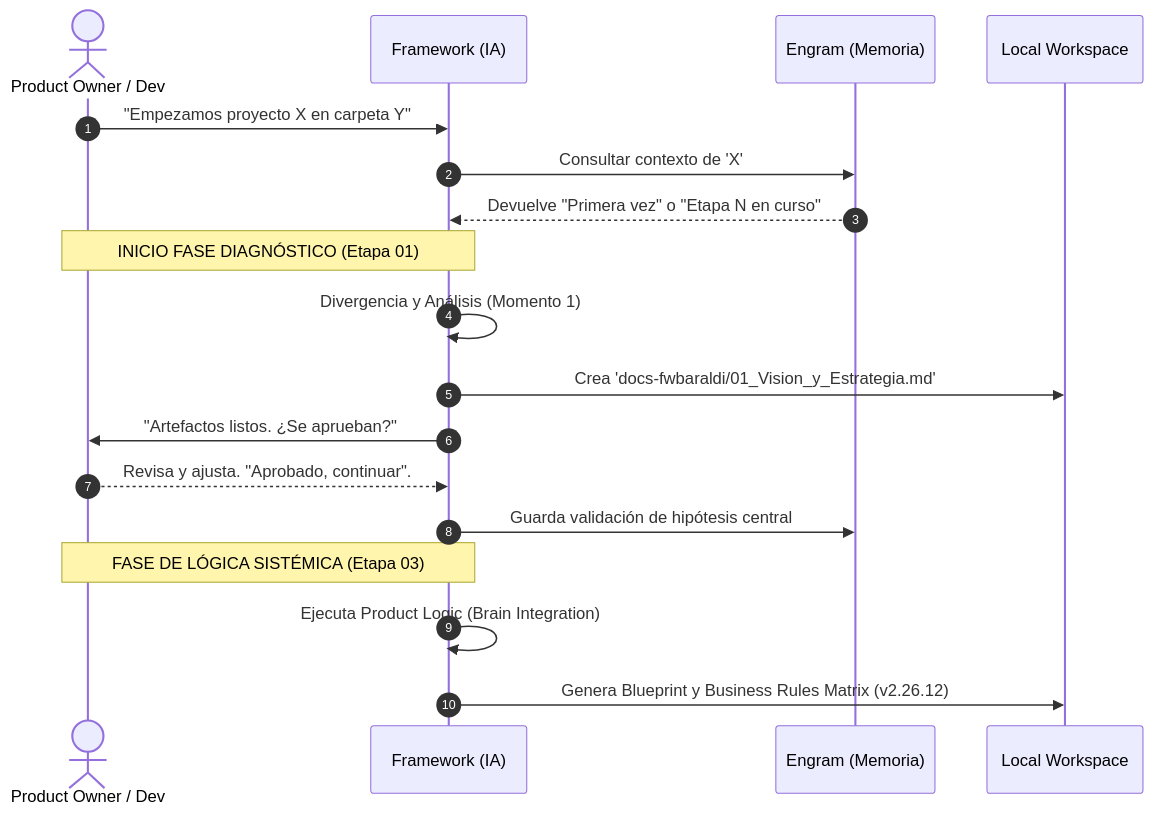
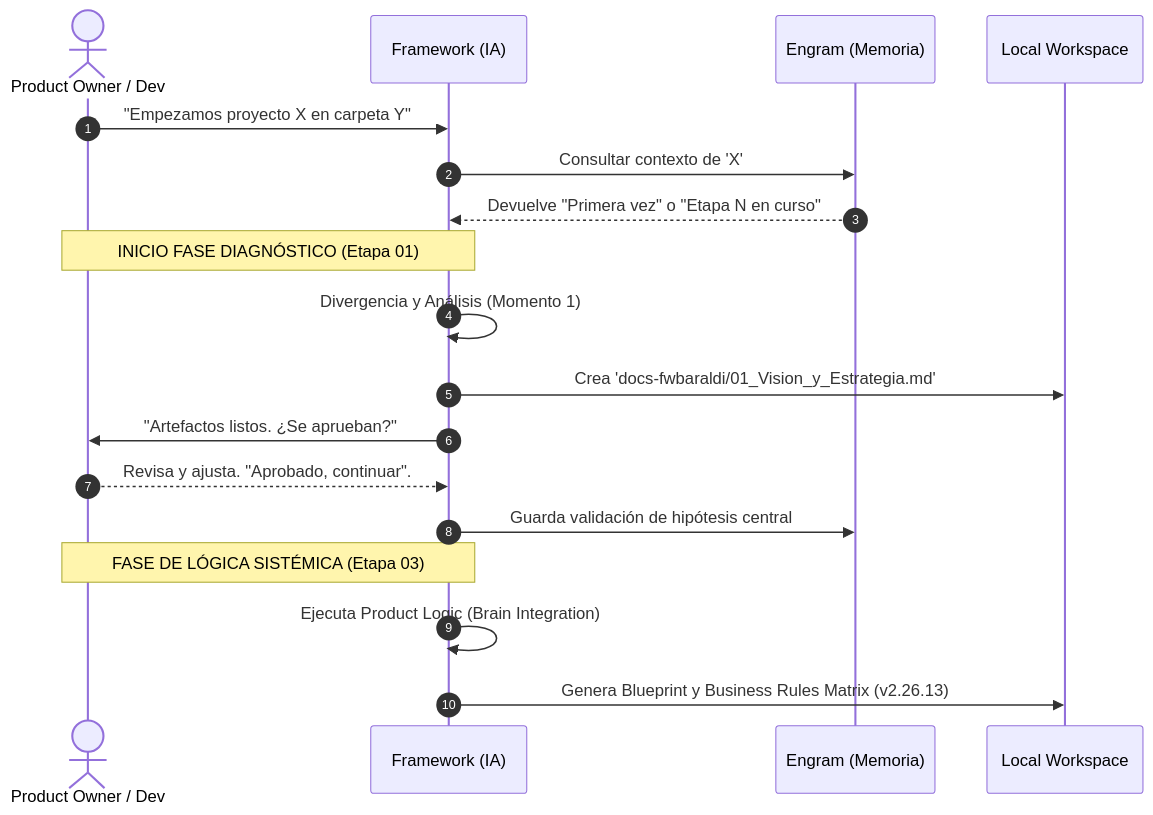
Before and after one commit to leobaraldi96/fwbaraldi: the second of 2 diagrams in ARQUITECTURA_CORE.md, drawn with Mermaid. The commit also changed other lines of this file and 85 other files, not shown here.

````diff
--- a/ARQUITECTURA_CORE.md
+++ b/ARQUITECTURA_CORE.md
@@ -79,26 +79,26 @@
 ```mermaid
 sequenceDiagram
     autonumber
     actor Humano as Product Owner / Dev
     participant IA as Framework (IA)
     participant E as Engram (Memoria)
     participant FS as Local Workspace
 
     Humano->>IA: "Empezamos proyecto X en carpeta Y"
     IA->>E: Consultar contexto de 'X'
     E-->>IA: Devuelve "Primera vez" o "Etapa N en curso"
     
     note over IA,Humano: INICIO FASE DIAGNÓSTICO (Etapa 01)
     IA->>IA: Divergencia y Análisis (Momento 1)
     
     IA->>FS: Crea 'docs-fwbaraldi/01_Vision_y_Estrategia.md'
     IA->>Humano: "Artefactos listos. ¿Se aprueban?"
     
     Humano-->>IA: Revisa y ajusta. "Aprobado, continuar".
     
     IA->>E: Guarda validación de hipótesis central
     
     note over IA,Humano: FASE DE LÓGICA SISTÉMICA (Etapa 03)
     IA->>IA: Ejecuta Product Logic (Brain Integration)
-    IA->>FS: Genera Blueprint y Business Rules Matrix (v2.26.12)
+    IA->>FS: Genera Blueprint y Business Rules Matrix (v2.26.13)
 ```
````
